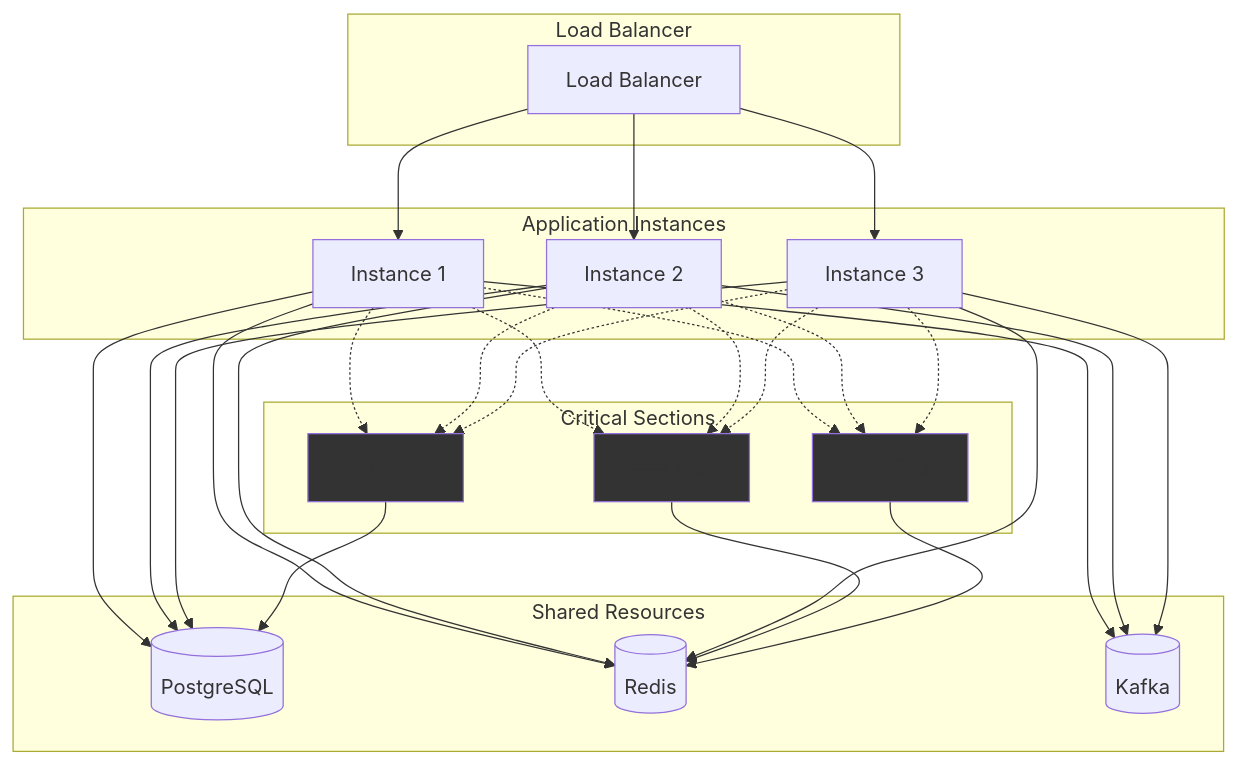
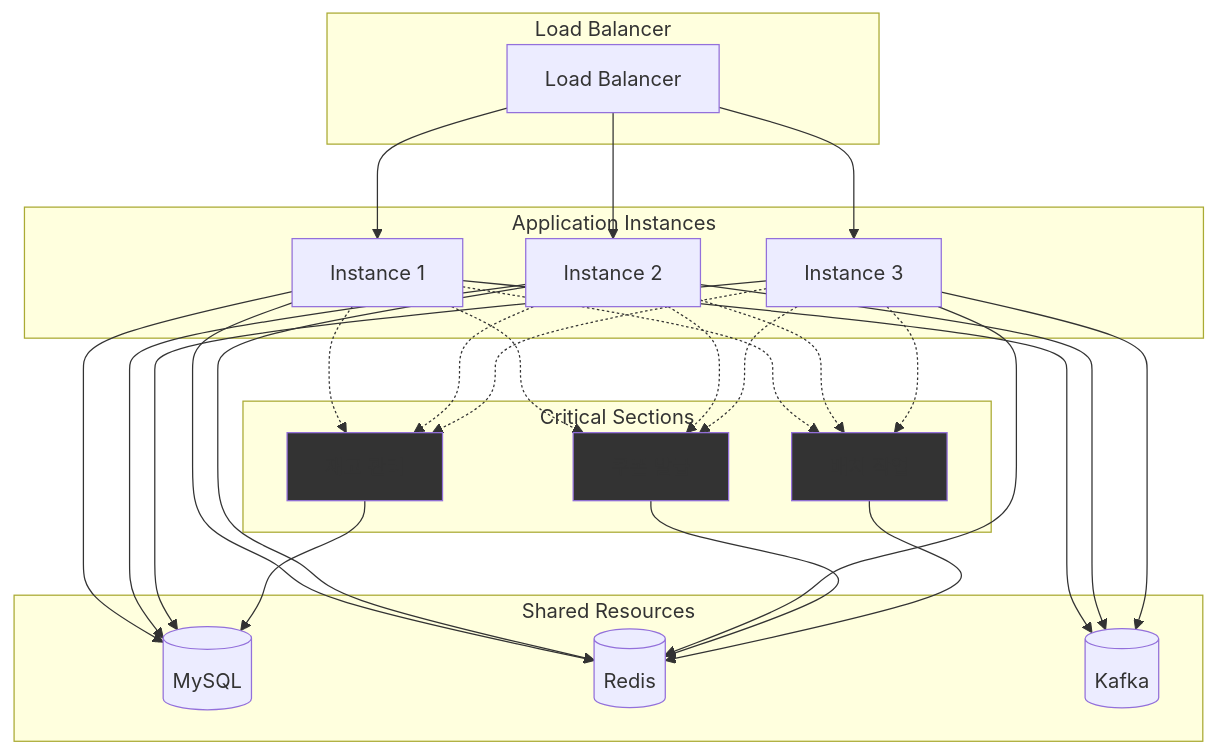
The first of 2 diagrams in docs/07-tech-spec.md (seho0808/hh-9-be-2), drawn with Mermaid before and after one commit. The commit also changed other lines of this file, not shown here.

Commit message:
docs: postgresql => mysql

````diff
--- a/docs/07-tech-spec.md
+++ b/docs/07-tech-spec.md
@@ -22,60 +22,60 @@
 ```mermaid
 graph TB
     subgraph "Load Balancer"
         LB[Load Balancer]
     end
 
     subgraph "Application Instances"
         I1[Instance 1]
         I2[Instance 2]
         I3[Instance 3]
     end
 
     subgraph "Shared Resources"
-        DB[(PostgreSQL)]
+        DB[(MySQL)]
         R[(Redis)]
         K[(Kafka)]
     end
 
     subgraph "Critical Sections"
         CS1[재고 관리]
         CS2[쿠폰 발급]
         CS3[배치 작업]
     end
 
     LB --> I1
     LB --> I2
     LB --> I3
 
     I1 --> DB
     I2 --> DB
     I3 --> DB
 
     I1 --> R
     I2 --> R
     I3 --> R
 
     I1 --> K
     I2 --> K
     I3 --> K
 
     I1 -.-> CS1
     I2 -.-> CS1
     I3 -.-> CS1
 
     I1 -.-> CS2
     I2 -.-> CS2
     I3 -.-> CS2
 
     I1 -.-> CS3
     I2 -.-> CS3
     I3 -.-> CS3
 
     CS1 --> DB
     CS2 --> R
     CS3 --> R
 
     style CS1 fill:#333
     style CS2 fill:#333
     style CS3 fill:#333
 ```
````
